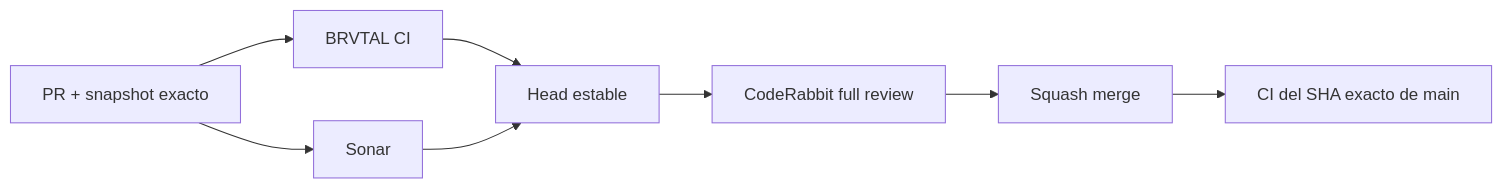
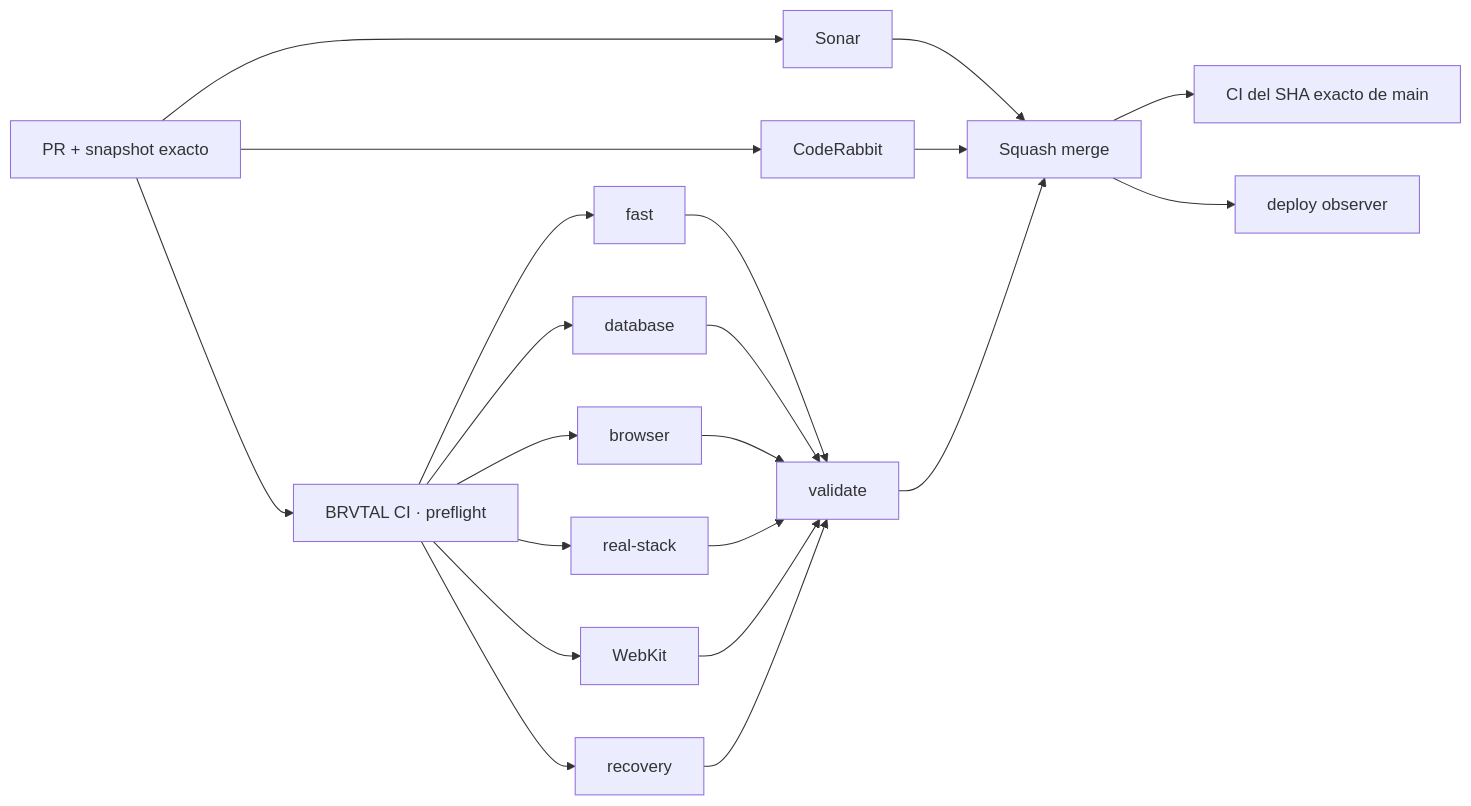
Before and after one commit to pl0n3r/brvtal: the diagram in README.md, drawn with Mermaid. The commit also changed other lines of this file and 6 other files, not shown here.

````diff
--- a/README.md
+++ b/README.md
@@ -28,10 +20,23 @@
 ```mermaid
 flowchart LR
-    A["PR + snapshot exacto"] --> B["BRVTAL CI"]
-    A --> C["Sonar"]
-    B --> D["Head estable"]
-    C --> D
-    D --> E["CodeRabbit full review"]
-    E --> F["Squash merge"]
-    F --> G["CI del SHA exacto de main"]
+  A["PR + snapshot exacto"] --> P["BRVTAL CI · preflight"]
+  P --> F["fast"]
+  P --> D["database"]
+  P --> B["browser"]
+  P --> R["real-stack"]
+  P --> W["WebKit"]
+  P --> K["recovery"]
+  A --> S["Sonar"]
+  A --> C["CodeRabbit"]
+  F --> V["validate"]
+  D --> V
+  B --> V
+  R --> V
+  W --> V
+  K --> V
+  S --> M["Squash merge"]
+  C --> M
+  V --> M
+  M --> X["CI del SHA exacto de main"]
+  M --> O["deploy observer"]
 ```
````
